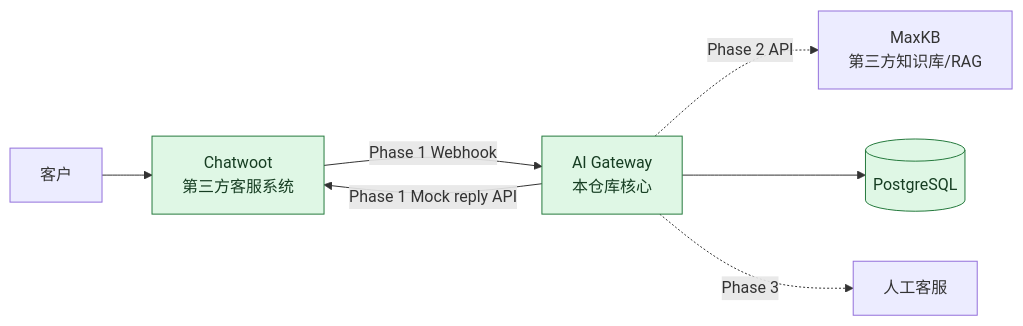
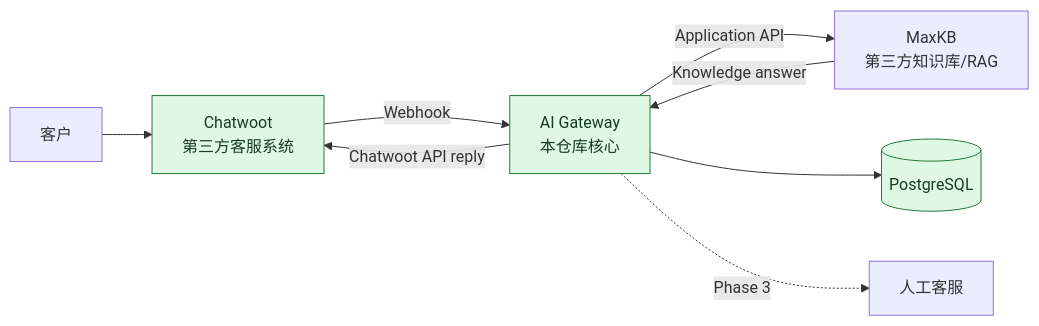
One commit to z205368079-code/enamel-ai-platform changed the diagram in docs/architecture.md. Above: the diagram before and after it, drawn with Mermaid. The commit also changed other lines of this file and 20 other files, not shown here.

````diff
--- a/docs/architecture.md
+++ b/docs/architecture.md
@@ -11,12 +11,13 @@
 ```mermaid
 flowchart LR
     Customer[客户] --> Chatwoot[Chatwoot<br/>第三方客服系统]
-    Chatwoot -->|Phase 1 Webhook| Gateway[AI Gateway<br/>本仓库核心]
-    Gateway -->|Phase 1 Mock reply API| Chatwoot
-    Gateway -. Phase 2 API .-> MaxKB[MaxKB<br/>第三方知识库/RAG]
+    Chatwoot -->|Webhook| Gateway[AI Gateway<br/>本仓库核心]
+    Gateway -->|Application API| MaxKB[MaxKB<br/>第三方知识库/RAG]
+    MaxKB -->|Knowledge answer| Gateway
+    Gateway -->|Chatwoot API reply| Chatwoot
     Gateway --> PostgreSQL[(PostgreSQL)]
     Gateway -. Phase 3 .-> Human[人工客服]
 
     classDef current fill:#dff7e5,stroke:#267a3e,color:#163d22;
     class Chatwoot,Gateway,PostgreSQL current;
 ```
````
